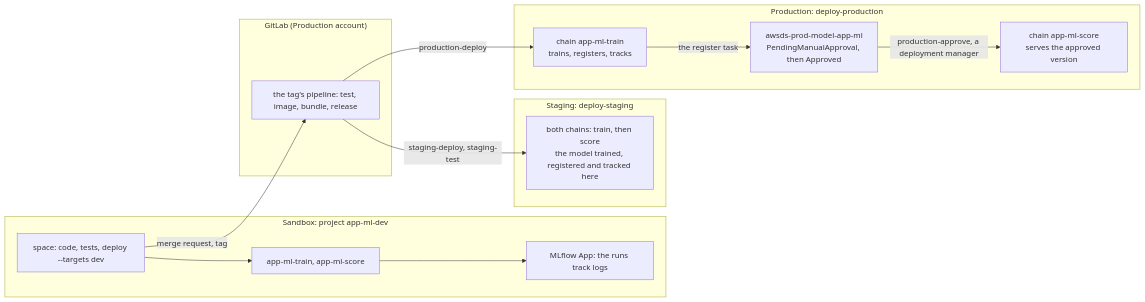
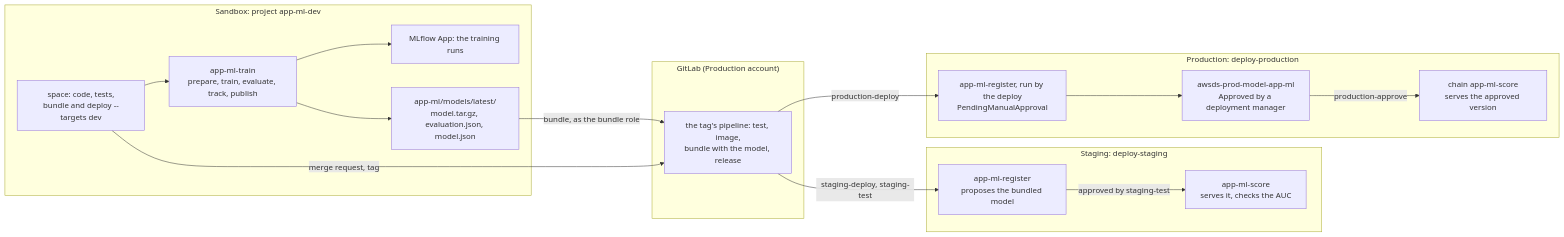
One commit to felipenoris/AWS-DataScience changed the second of 3 diagrams in docs/plan/stages/stage-17-sandbox-machine-learning.md. Above: the diagram before and after it, drawn with Mermaid. The commit also changed other lines of this file and 1 other file, not shown here.

First line of the commit message:
Stage 17: pass 9 rewritten for decision 21 (b), the trained model promoted

````diff
--- a/docs/plan/stages/stage-17-sandbox-machine-learning.md
+++ b/docs/plan/stages/stage-17-sandbox-machine-learning.md
@@ -819,26 +831,31 @@
 ```mermaid
 flowchart LR
   subgraph sandbox["Sandbox: project app-ml-dev"]
-    space["space: code, tests, deploy --targets dev"]
-    devwf["app-ml-train, app-ml-score"]
-    mlflow["MLflow App: the runs track logs"]
+    space["space: code, tests,<br/>bundle and deploy --targets dev"]
+    train["app-ml-train<br/>prepare, train, evaluate, track, publish"]
+    mlflow["MLflow App: the training runs"]
+    latest["app-ml/models/latest/<br/>model.tar.gz, evaluation.json, model.json"]
   end
   subgraph gitlab["GitLab (Production account)"]
-    pipe["the tag's pipeline: test, image, bundle, release"]
+    pipe["the tag's pipeline: test, image,<br/>bundle with the model, release"]
   end
   subgraph staging["Staging: deploy-staging"]
-    stgwf["both chains: train, then score<br/>the model trained, registered and tracked here"]
+    stgreg["app-ml-register<br/>proposes the bundled model"]
+    stgscore["app-ml-score<br/>serves it, checks the AUC"]
   end
   subgraph production["Production: deploy-production"]
-    prodtrain["chain app-ml-train<br/>trains, registers, tracks"]
-    registry["awsds-prod-model-app-ml<br/>PendingManualApproval, then Approved"]
+    prodreg["app-ml-register, run by the deploy<br/>PendingManualApproval"]
+    registry["awsds-prod-model-app-ml<br/>Approved by a deployment manager"]
     prodscore["chain app-ml-score<br/>serves the approved version"]
   end
-  space --> devwf
-  devwf --> mlflow
+  space --> train
+  train --> mlflow
+  train --> latest
+  latest -->|"bundle, as the bundle role"| pipe
   space -->|"merge request, tag"| pipe
-  pipe -->|"staging-deploy, staging-test"| stgwf
-  pipe -->|"production-deploy"| prodtrain
-  prodtrain -->|"the register task"| registry
-  registry -->|"production-approve, a deployment manager"| prodscore
+  pipe -->|"staging-deploy, staging-test"| stgreg
+  stgreg -->|"approved by staging-test"| stgscore
+  pipe -->|"production-deploy"| prodreg
+  prodreg --> registry
+  registry -->|"production-approve"| prodscore
 ```
````
